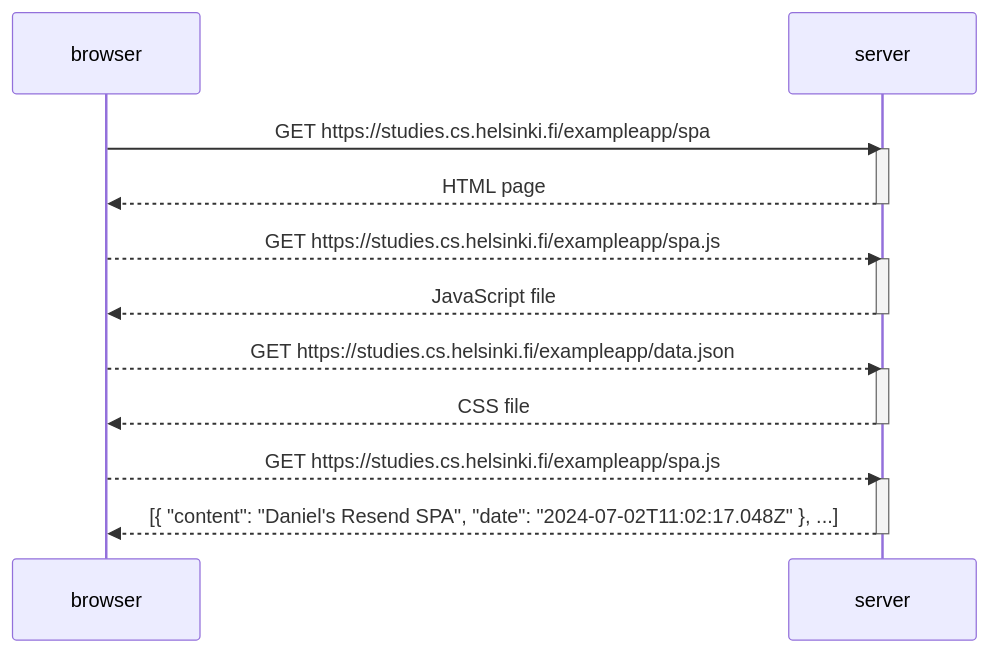
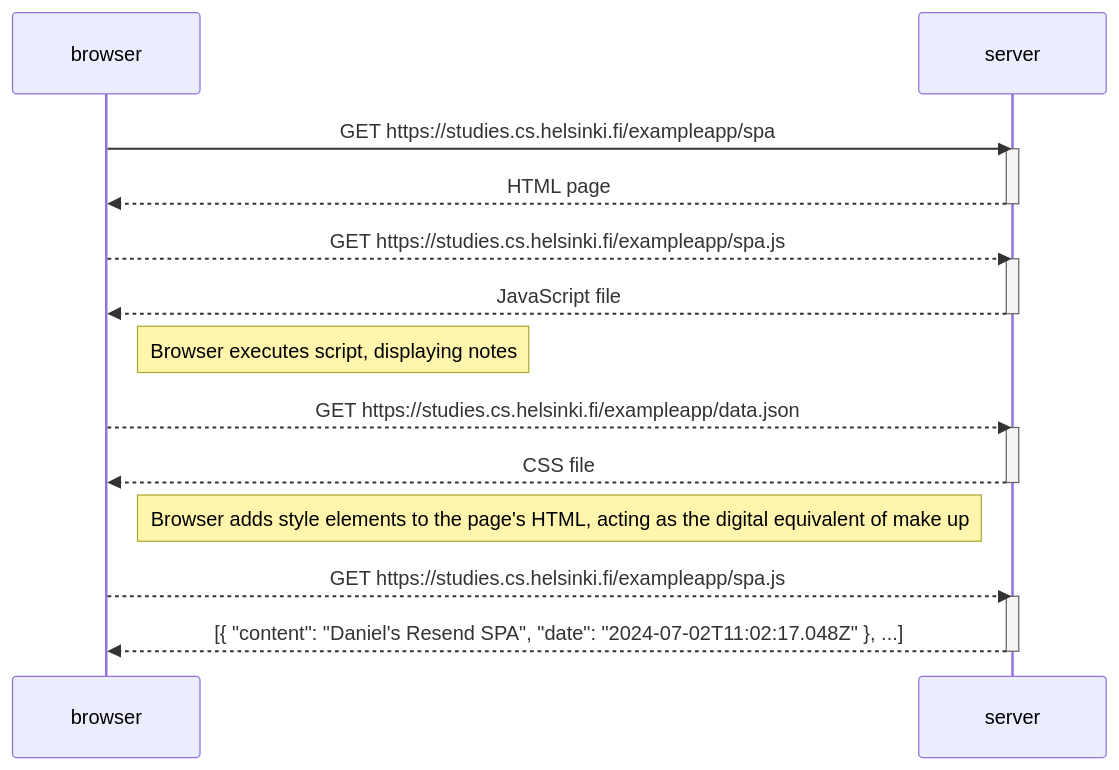
One commit to DaPurr/FullStackOpen changed the diagram in part0/5-view-spa-diagram/notes.md. Above: the diagram before and after it, drawn with Mermaid.

Commit message:
Add notes

````diff
--- a/part0/5-view-spa-diagram/notes.md
+++ b/part0/5-view-spa-diagram/notes.md
@@ -3,25 +3,29 @@
 ```mermaid
 sequenceDiagram
     participant browser
     participant server
 
     browser->>server: GET https://studies.cs.helsinki.fi/exampleapp/spa
     activate server
     server-->>browser: HTML page
     deactivate server
 
     browser -->> server: GET https://studies.cs.helsinki.fi/exampleapp/spa.js
     activate server
     server -->> browser: JavaScript file
     deactivate server
 
+    note right of browser: Browser executes script, displaying notes
+
     browser -->> server: GET https://studies.cs.helsinki.fi/exampleapp/data.json
     activate server
     server -->> browser: CSS file
     deactivate server
+
+    note right of browser: Browser adds style elements to the page's HTML, acting as the digital equivalent of make up
 
     browser -->> server: GET https://studies.cs.helsinki.fi/exampleapp/spa.js
     activate server
     server -->> browser: [{ "content": "Daniel's Resend SPA", "date": "2024-07-02T11:02:17.048Z" }, ...]
     deactivate server
 ```
````
